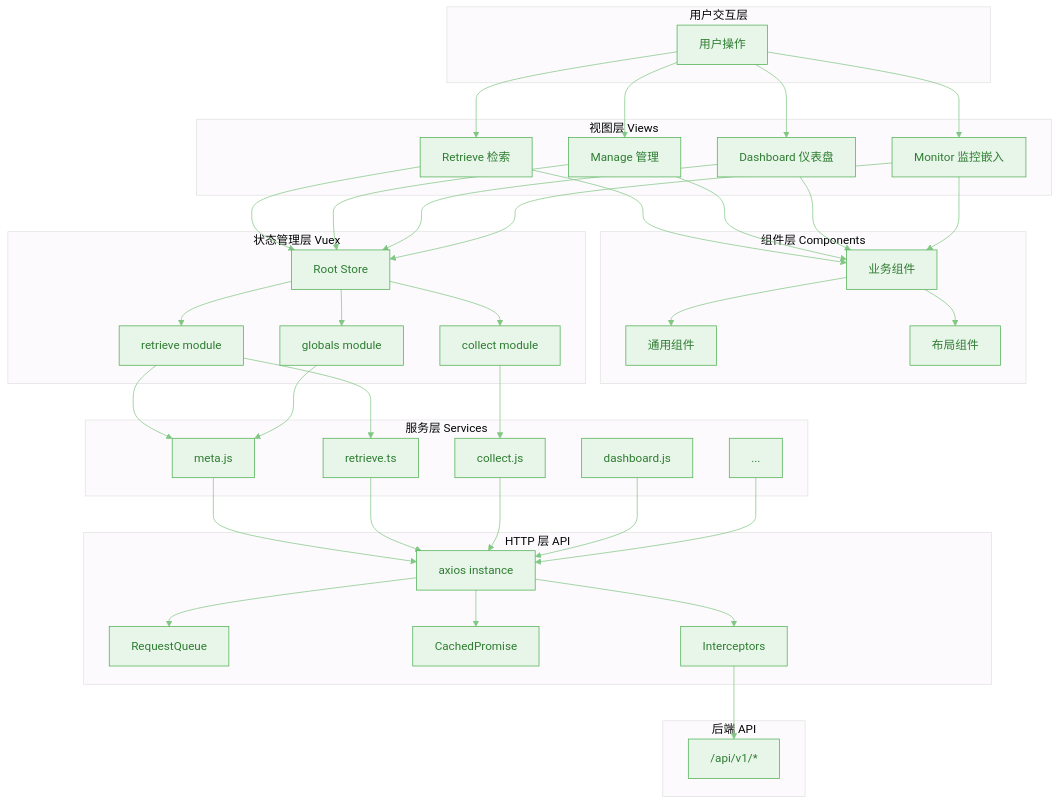
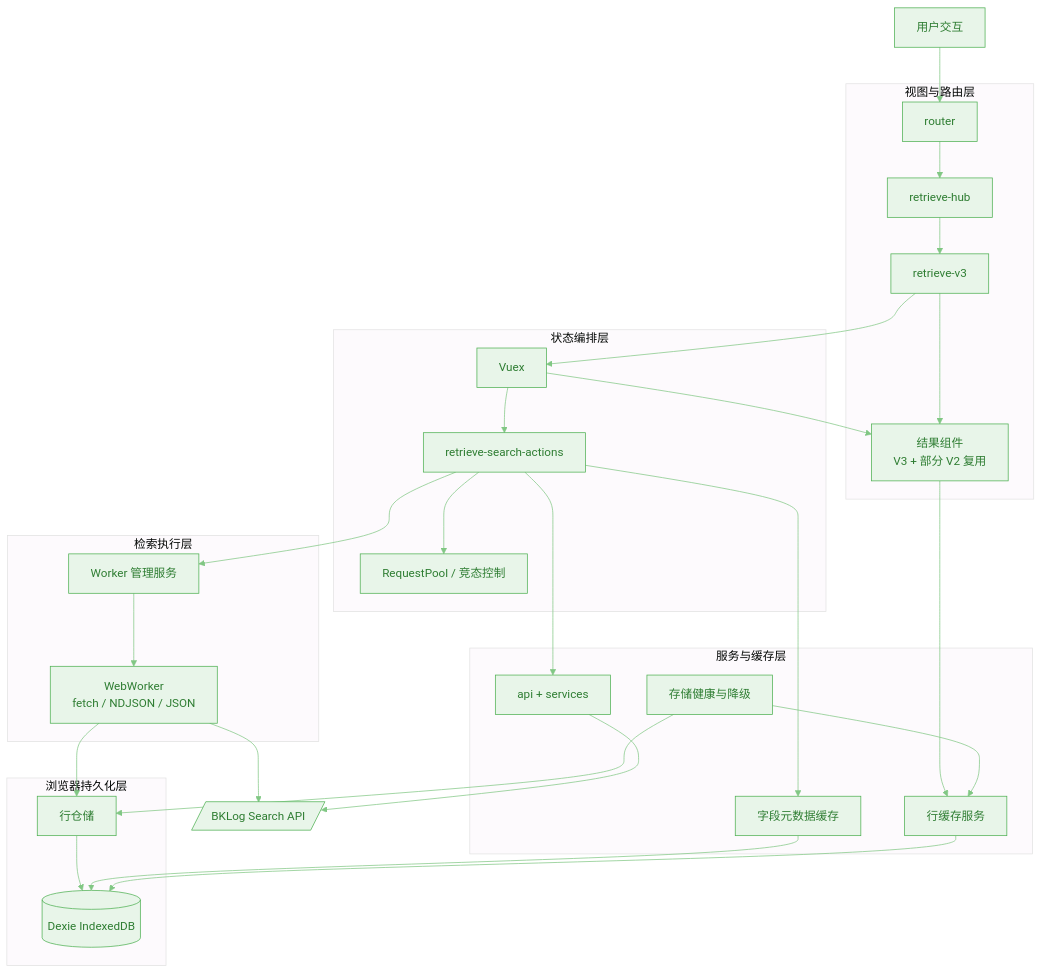
The diagram in bklog/web/.docs/diagrams/K-分层架构全景图.mmd (TencentBlueKing/bk-monitor), drawn with Mermaid before and after one commit. The commit also changed 19 other files, not shown here.

```diff
--- a/bklog/web/.docs/diagrams/K-分层架构全景图.mmd
+++ b/bklog/web/.docs/diagrams/K-分层架构全景图.mmd
@@ -1,82 +1,45 @@
-%%{init: {'theme': 'base', 'themeVariables': { 'primaryColor': '#e8f5e9', 'primaryTextColor': '#2e7d32', 'primaryBorderColor': '#4caf50', 'lineColor': '#81c784'}}}%%
+%%{init: {'theme': 'base', 'themeVariables': {'primaryColor': '#e8f5e9', 'primaryTextColor': '#2e7d32', 'primaryBorderColor': '#4caf50', 'lineColor': '#81c784'}}}%%
 graph TB
-    subgraph "用户交互层"
-        USER[用户操作]
-    end
+  USER[用户交互]
+  subgraph VIEW[视图与路由层]
+    ROUTER[router]
+    HUB[retrieve-hub]
+    V3[retrieve-v3]
+    RESULT[结果组件<br/>V3 + 部分 V2 复用]
+  end
+  subgraph STATE[状态编排层]
+    STORE[Vuex]
+    ACTIONS[retrieve-search-actions]
+    REQUESTPOOL[RequestPool / 竞态控制]
+  end
+  subgraph SERVICE[服务与缓存层]
+    API[api + services]
+    FIELDS[字段元数据缓存]
+    ROWCACHE[行缓存服务]
+    HEALTH[存储健康与降级]
+  end
+  subgraph WORKER[检索执行层]
+    WS[Worker 管理服务]
+    WW[WebWorker<br/>fetch / NDJSON / JSON]
+  end
+  subgraph STORAGE[浏览器持久化层]
+    REPO[行仓储]
+    IDB[(Dexie IndexedDB)]
+  end
+  BACKEND[/BKLog Search API/]
 
-    subgraph "视图层 Views"
-        V1[Retrieve 检索]
-        V2[Manage 管理]
-        V3[Dashboard 仪表盘]
-        V4[Monitor 监控嵌入]
-    end
-
-    subgraph "组件层 Components"
-        COMP1[业务组件]
-        COMP2[通用组件]
-        COMP3[布局组件]
-    end
-
-    subgraph "状态管理层 Vuex"
-        STORE_ROOT[Root Store]
-        STORE_M1[retrieve module]
-        STORE_M2[collect module]
-        STORE_M3[globals module]
-    end
-
-    subgraph "服务层 Services"
-        SVC1[meta.js]
-        SVC2[retrieve.ts]
-        SVC3[collect.js]
-        SVC4[dashboard.js]
-        SVC5[...]
-    end
-
-    subgraph "HTTP 层 API"
-        HTTP_CORE[axios instance]
-        HTTP_QUEUE[RequestQueue]
-        HTTP_CACHE[CachedPromise]
-        HTTP_INTERCEPT[Interceptors]
-    end
-
-    subgraph "后端 API"
-        BACKEND["/api/v1/*"]
-    end
-
-    USER --> V1
-    USER --> V2
-    USER --> V3
-    USER --> V4
-
-    V1 --> COMP1
-    V2 --> COMP1
-    V3 --> COMP1
-    V4 --> COMP1
-    COMP1 --> COMP2
-    COMP1 --> COMP3
-
-    V1 --> STORE_ROOT
-    V2 --> STORE_ROOT
-    V3 --> STORE_ROOT
-    V4 --> STORE_ROOT
-    
-    STORE_ROOT --> STORE_M1
-    STORE_ROOT --> STORE_M2
-    STORE_ROOT --> STORE_M3
-
-    STORE_M1 --> SVC1
-    STORE_M1 --> SVC2
-    STORE_M2 --> SVC3
-    STORE_M3 --> SVC1
-
-    SVC1 --> HTTP_CORE
-    SVC2 --> HTTP_CORE
-    SVC3 --> HTTP_CORE
-    SVC4 --> HTTP_CORE
-    SVC5 --> HTTP_CORE
-
-    HTTP_CORE --> HTTP_QUEUE
-    HTTP_CORE --> HTTP_CACHE
-    HTTP_CORE --> HTTP_INTERCEPT
-
-    HTTP_INTERCEPT --> BACKEND
+  USER --> ROUTER --> HUB --> V3 --> RESULT
+  V3 --> STORE
+  STORE --> ACTIONS
+  ACTIONS --> REQUESTPOOL
+  ACTIONS --> API
+  ACTIONS --> FIELDS
+  ACTIONS --> WS
+  API --> BACKEND
+  WS --> WW --> BACKEND
+  WW --> REPO --> IDB
+  FIELDS --> IDB
+  RESULT --> ROWCACHE --> IDB
+  HEALTH --> ROWCACHE
+  HEALTH --> REPO
+  STORE --> RESULT
```
